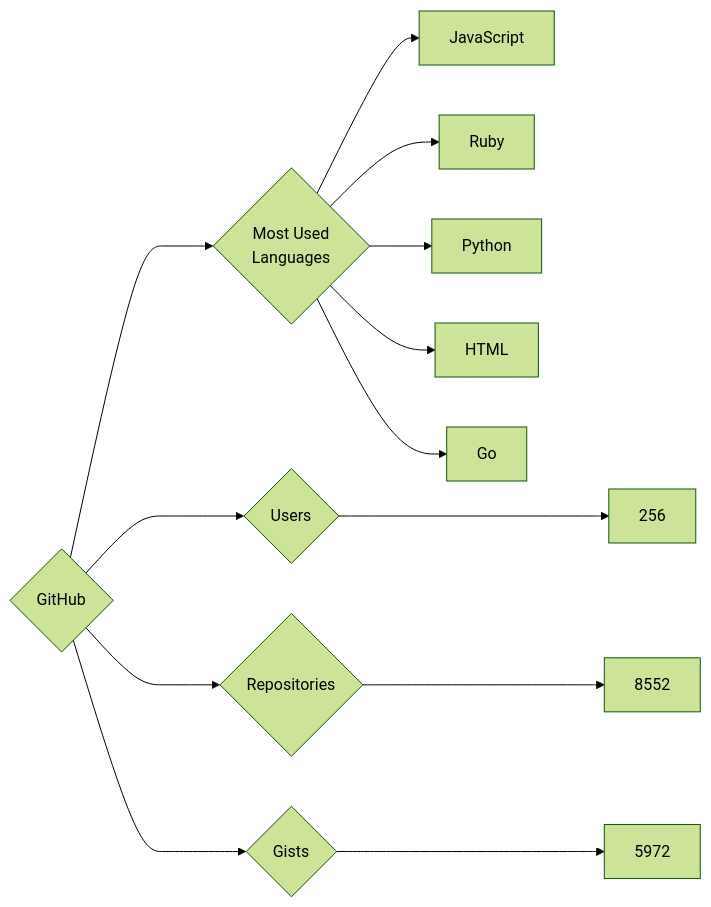
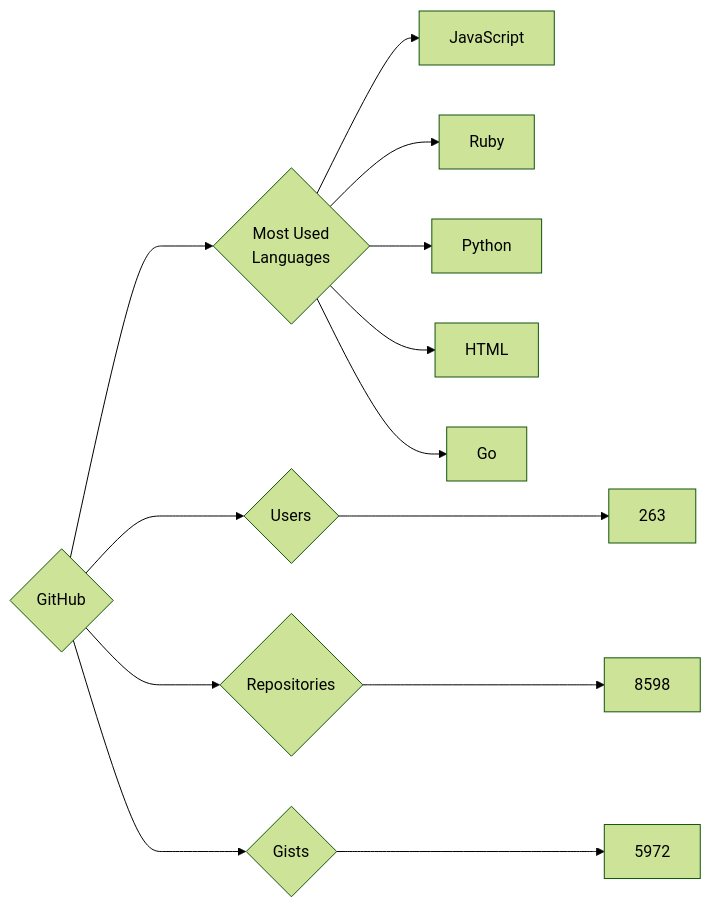
Before and after one commit to trickest/insiders: the diagram in targets/GitHub/README.md, drawn with Mermaid (forest theme). The commit also changed 874 other files, not shown here.

````diff
--- a/targets/GitHub/README.md
+++ b/targets/GitHub/README.md
@@ -3,13 +3,13 @@
 ```mermaid
 graph LR
 COMPANY_NAME{GitHub}
-COMPANY_NAME ---> U{Users} ---> UN[256]
-COMPANY_NAME ---> R{Repositories} ---> RN[8552]
+COMPANY_NAME ---> U{Users} ---> UN[263]
+COMPANY_NAME ---> R{Repositories} ---> RN[8598]
 COMPANY_NAME ---> G{Gists} ---> GN[5972]
 COMPANY_NAME ---> ML{Most Used<br>Languages}
 ML --> JavaScript[JavaScript]
 ML --> Ruby[Ruby]
 ML --> Python[Python]
 ML --> HTML[HTML]
 ML --> Go[Go]
 ```
````
